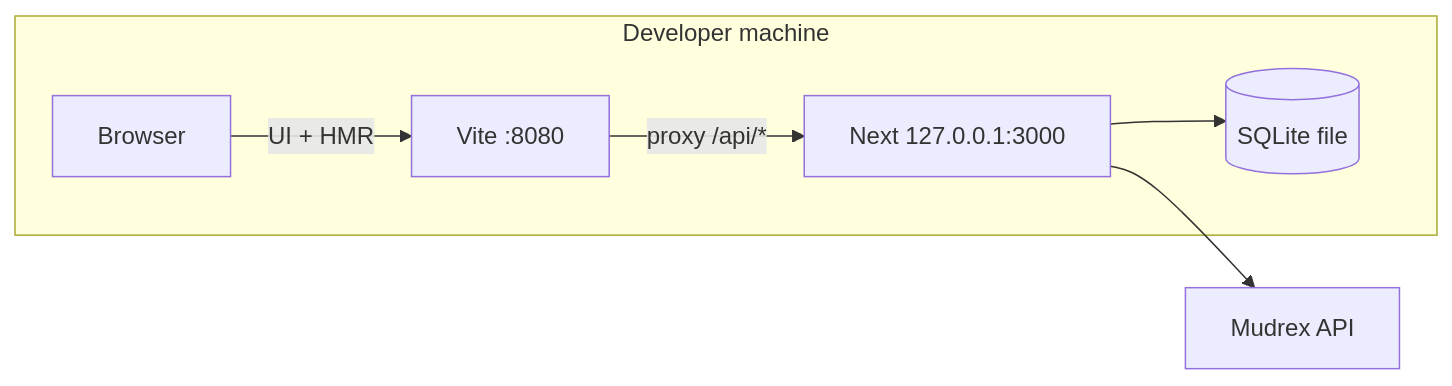
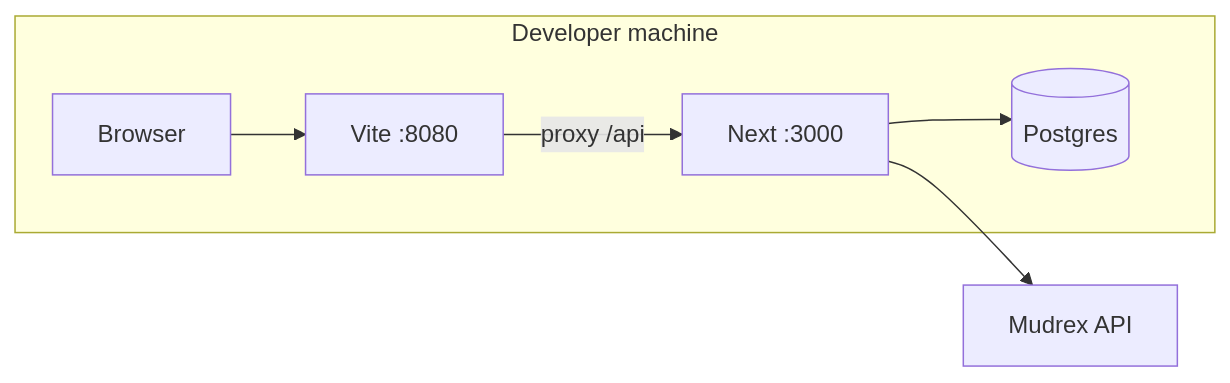
Before and after one commit to DecentralizedJM/RexAlgo: the sixth of 11 diagrams in README.md, drawn with Mermaid. The commit also changed other lines of this file and 2 other files, not shown here.

Commit message:
docs: refresh README with Postgres, Redis, auth, webhooks + Mermaid diagrams

````diff
--- a/README.md
+++ b/README.md
@@ -239,15 +336,14 @@
 ```mermaid
 flowchart LR
   subgraph dev [Developer machine]
     BR[Browser]
     V["Vite :8080"]
-    N[Next 127.0.0.1:3000]
-    DB[(SQLite file)]
+    N["Next :3000"]
+    DB[(Postgres)]
   end
   MR[Mudrex API]
-
-  BR -->|UI + HMR| V
-  V -->|proxy /api/*| N
+  BR --> V
+  V -->|proxy /api| N
   N --> DB
   N --> MR
 ```
````
